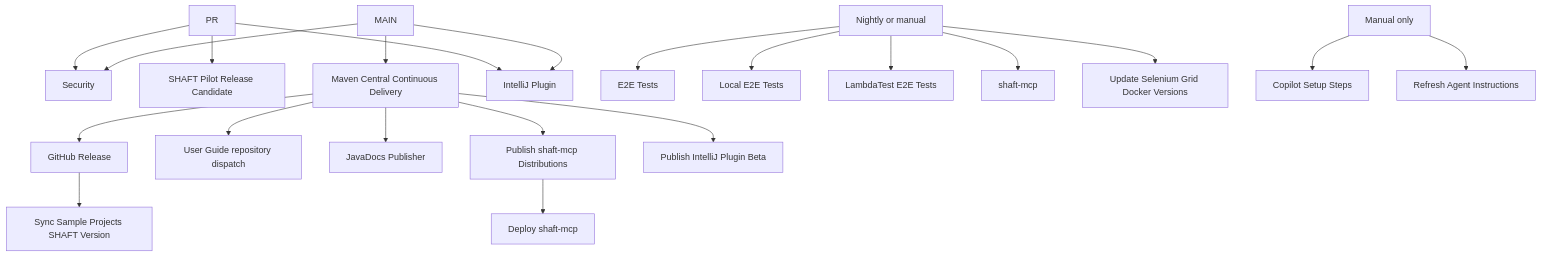
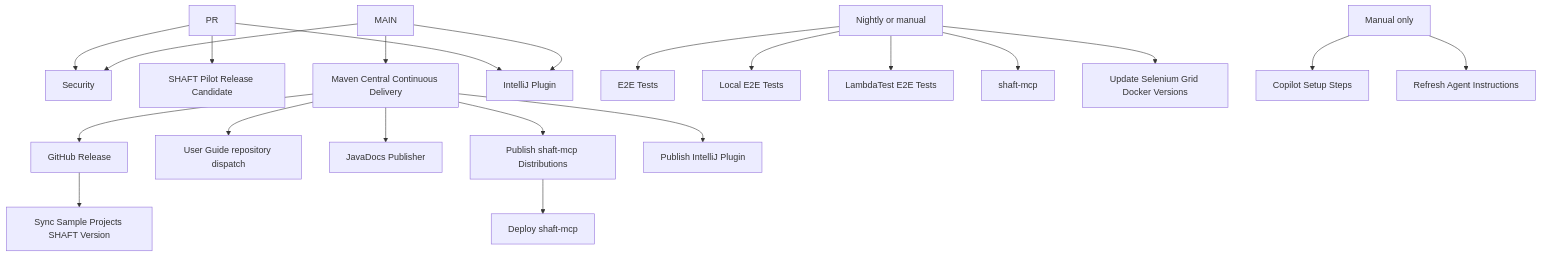
Before and after one commit to ShaftHQ/SHAFT_ENGINE: the diagram in .github/workflows/README.md, drawn with Mermaid. The commit also changed other lines of this file and 15 other files, not shown here.

Commit message:
Polish IntelliJ plugin stable release UX (#3157)

````diff
--- a/.github/workflows/README.md
+++ b/.github/workflows/README.md
@@ -8,27 +8,27 @@
 ```mermaid
 flowchart TD
   PR --> SEC["Security"]
   PR --> PILOT["SHAFT Pilot Release Candidate"]
 
   MAIN --> SEC
   MAIN --> CD["Maven Central Continuous Delivery"]
   PR --> IDEA["IntelliJ Plugin"]
   MAIN --> IDEA
 
   CD --> REL["GitHub Release"]
   CD --> DOCS["User Guide repository dispatch"]
   CD --> JAVADOCS["JavaDocs Publisher"]
   CD --> MCP_PUBLISH["Publish shaft-mcp Distributions"]
-  CD --> IDEA_PUBLISH["Publish IntelliJ Plugin Beta"]
+  CD --> IDEA_PUBLISH["Publish IntelliJ Plugin"]
   MCP_PUBLISH --> MCP_DEPLOY["Deploy shaft-mcp"]
   REL --> SAMPLES["Sync Sample Projects SHAFT Version"]
 
   NIGHTLY["Nightly or manual"] --> E2E["E2E Tests"]
   NIGHTLY --> LOCAL_E2E["Local E2E Tests"]
   NIGHTLY --> LT["LambdaTest E2E Tests"]
   NIGHTLY --> MCP_TEST["shaft-mcp"]
   NIGHTLY --> GRID["Update Selenium Grid Docker Versions"]
 
   MANUAL["Manual only"] --> COPILOT["Copilot Setup Steps"]
   MANUAL --> AGENTS["Refresh Agent Instructions"]
 ```
````
